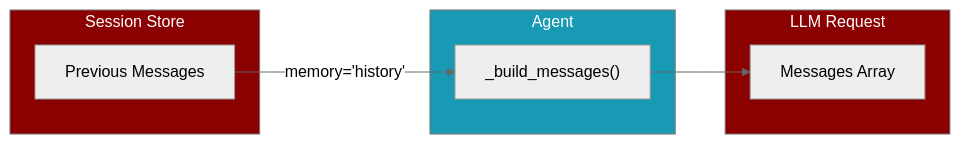
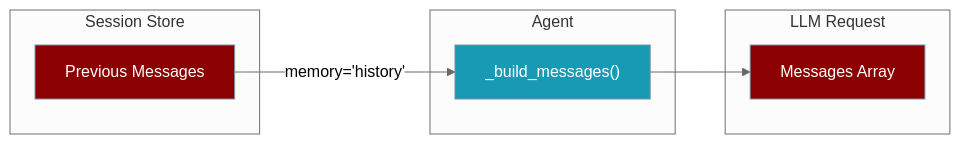
Before and after one commit to MervinPraison/PraisonAIDocs: the diagram in docs/features/history-injection.mdx, drawn with Mermaid (neutral theme). The commit also changed other lines of this file and 19 other files, not shown here.

````diff
--- a/docs/features/history-injection.mdx
+++ b/docs/features/history-injection.mdx
@@ -20,22 +20,23 @@
 ```mermaid
 flowchart LR
     subgraph Session["Session Store"]
         H1["Previous Messages"]
     end
     
     subgraph Agent["Agent"]
         B["_build_messages()"]
     end
     
     subgraph LLM["LLM Request"]
         M["Messages Array"]
     end
     
     H1 -->|"memory='history'"| B
     B --> M
     
-    style Session fill:#8B0000,color:#fff
-    style Agent fill:#189AB4,color:#fff
-    style LLM fill:#8B0000,color:#fff
+    classDef agent fill:#8B0000,stroke:#7C90A0,color:#fff
+    classDef tool fill:#189AB4,stroke:#7C90A0,color:#fff
+    class H1,M agent
+    class B tool
 
 ```
````
